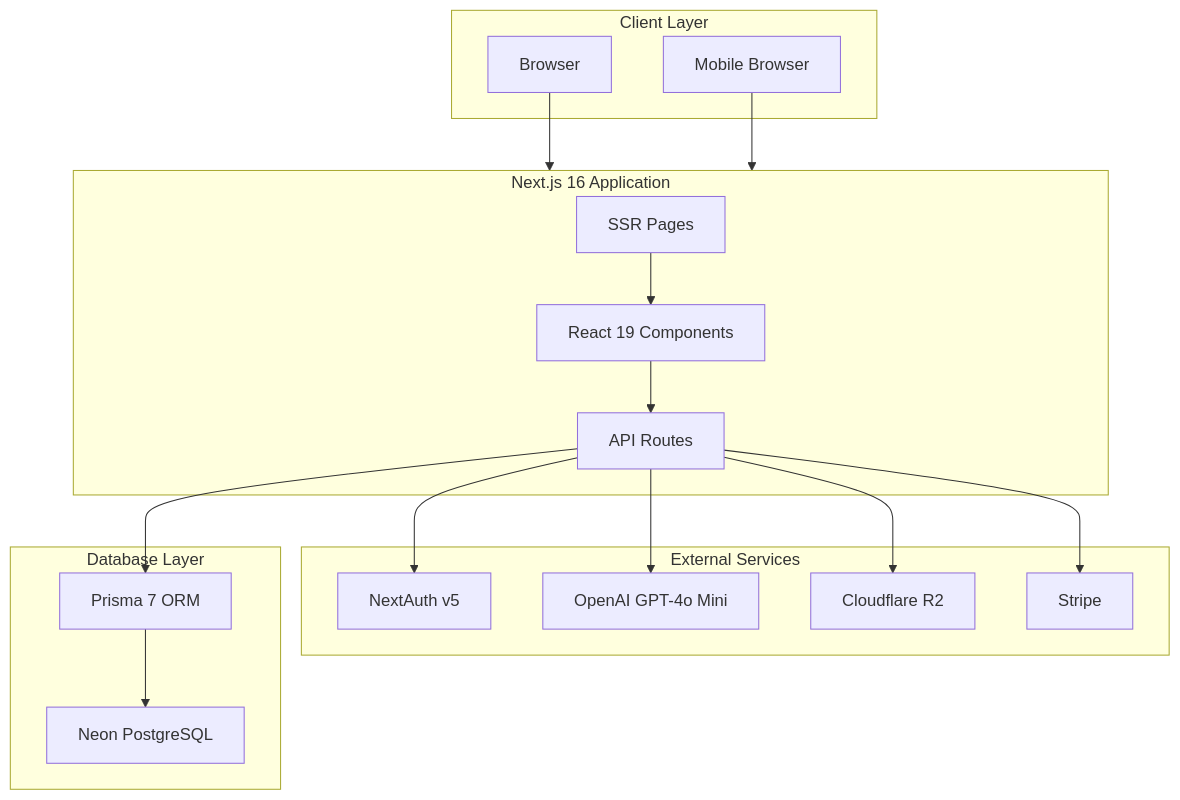
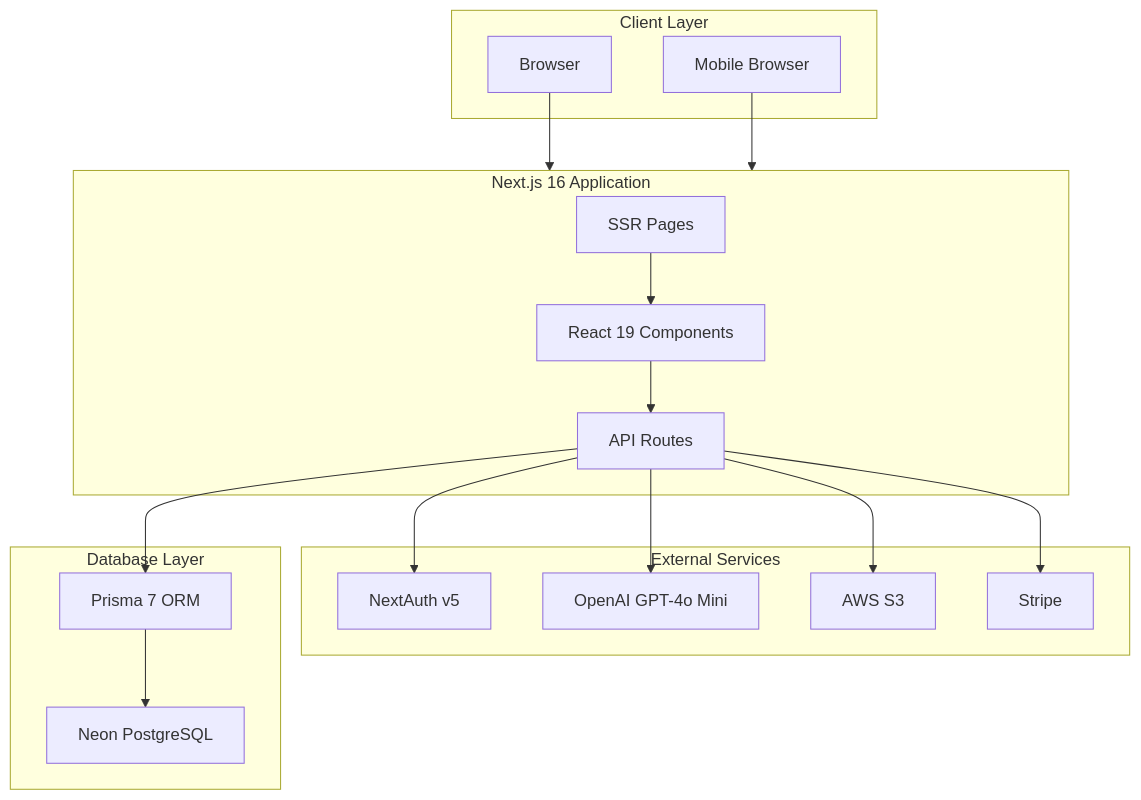
One commit to o-mishch/devstash changed the second of 3 diagrams in context/project-overview.md. Above: the diagram before and after it, drawn with Mermaid. The commit also changed other lines of this file and 68 other files, not shown here.

````diff
--- a/context/project-overview.md
+++ b/context/project-overview.md
@@ -441,36 +441,36 @@
 ```mermaid
 flowchart TB
     subgraph Client["Client Layer"]
         Browser["Browser"]
         Mobile["Mobile Browser"]
     end
 
     subgraph NextJS["Next.js 16 Application"]
         Pages["SSR Pages"]
         Components["React 19 Components"]
         API["API Routes"]
     end
 
     subgraph Services["External Services"]
         Auth["NextAuth v5"]
         AI["OpenAI GPT-4o Mini"]
-        Storage["Cloudflare R2"]
+        Storage["AWS S3"]
         Payments["Stripe"]
     end
 
     subgraph Database["Database Layer"]
         Neon["Neon PostgreSQL"]
         Prisma["Prisma 7 ORM"]
     end
 
     Browser --> NextJS
     Mobile --> NextJS
     Pages --> Components
     Components --> API
     API --> Auth
     API --> AI
     API --> Storage
     API --> Payments
     API --> Prisma
     Prisma --> Neon
 ```
````
